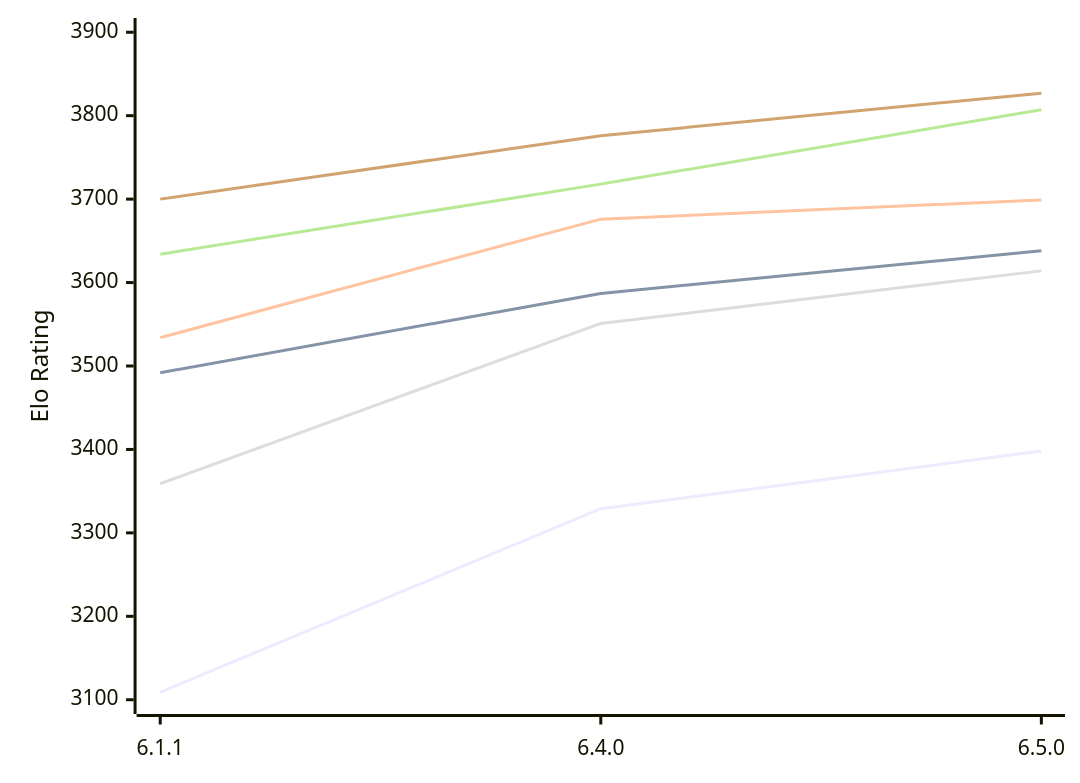
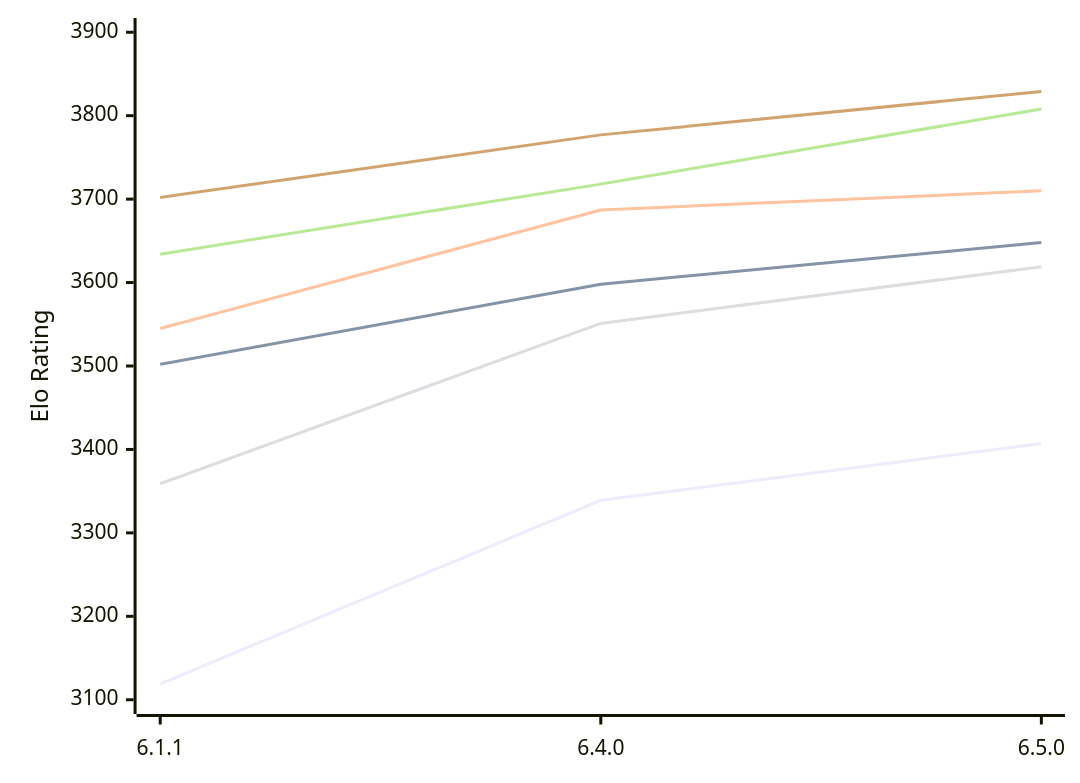
Before and after one commit to computer-chess-index/cci: the first of 2 diagrams in engines/Zigqueen.md, drawn with Mermaid. The commit also changed other lines of this file, not shown here.

Commit message:
Update CCI Ratings (ELO VLTC) - 2026-11-07

````diff
--- a/engines/Zigqueen.md
+++ b/engines/Zigqueen.md
@@ -55,12 +55,12 @@
 ```mermaid
 %%{init: {"theme":"base","themeVariables":{"seriesColors:['#a3a3a3','#222221','#faa371']}}}%%
 xychart-beta
   x-axis ["6.1.1", "6.4.0", "6.5.0"]
   y-axis "Elo Rating" 3100 --> 3900
-  line "E1: STC (8.0+0.08s)" [3109, 3329, 3398]
-  line "E1: LTC (60.0+0.60s)" [3492, 3587, 3638]
-  line "E1: VLTC (2m24s+1.12s)" [3534, 3676, 3699]
-  line "P1: STC (8.0+0.08s)" [3359, 3551, 3614]
-  line "P1: LTC (60.0+0.60s)" [3634, 3718, 3807]
-  line "P1: VLTC (2m24s+1.12s)" [3700, 3776, 3827]
+  line "E1: STC (8.0+0.08s)" [3119, 3339, 3407]
+  line "E1: LTC (60.0+0.60s)" [3502, 3598, 3648]
+  line "E1: VLTC (2m24s+1.12s)" [3545, 3687, 3710]
+  line "P1: STC (8.0+0.08s)" [3359, 3551, 3619]
+  line "P1: LTC (60.0+0.60s)" [3634, 3718, 3808]
+  line "P1: VLTC (2m24s+1.12s)" [3702, 3777, 3829]
 ```
````
